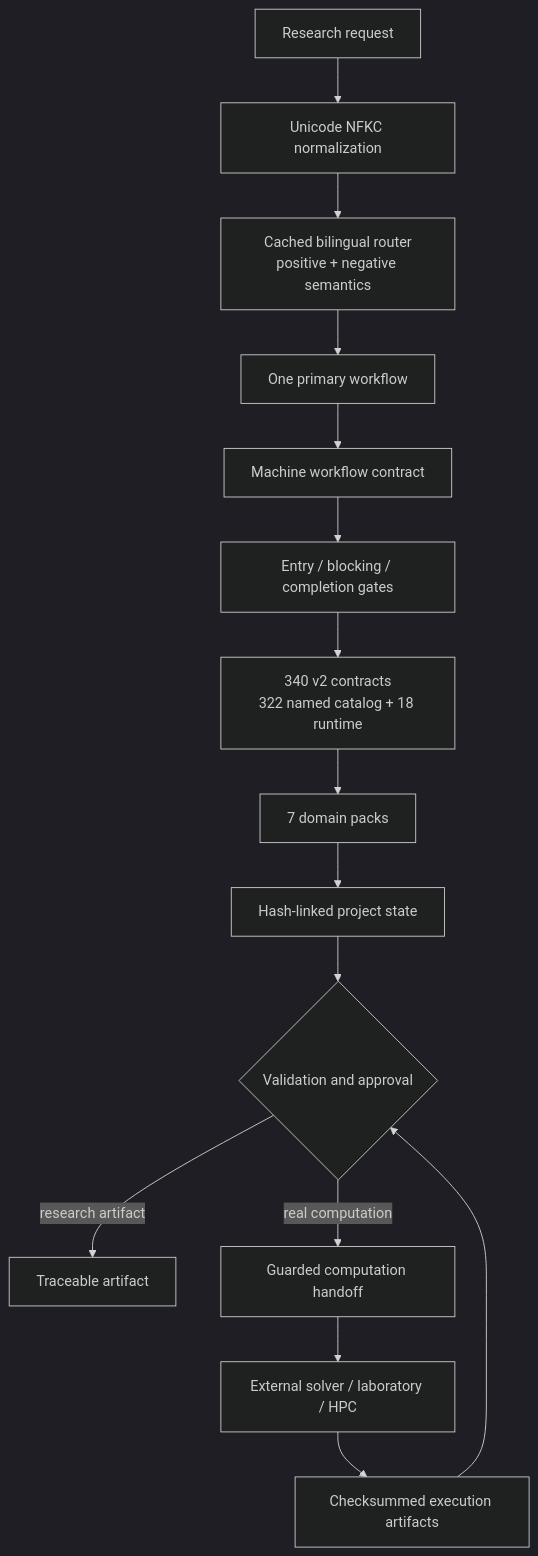
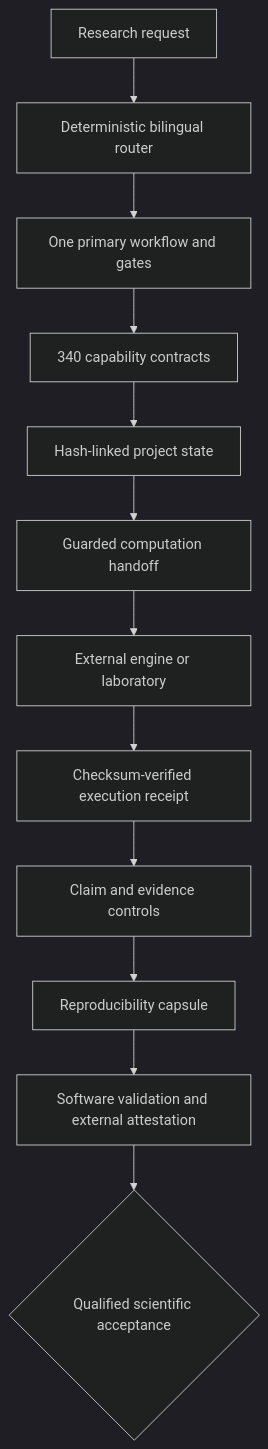
Before and after one commit to SUNHAOJUN22/TsaoSciResearcher: the diagram in docs/ARCHITECTURE.md, drawn with Mermaid (dark theme). The commit also changed other lines of this file and 138 other files, not shown here.

Commit message:
feat: release v0.6.0 research reproducibility hardening

````diff
--- a/docs/ARCHITECTURE.md
+++ b/docs/ARCHITECTURE.md
@@ -5,19 +5,14 @@
 ```mermaid
 flowchart TD
-    U[Research request] --> N[Unicode NFKC normalization]
-    N --> R[Cached bilingual router
-positive + negative semantics]
-    R --> W[One primary workflow]
-    W --> C[Machine workflow contract]
-    C --> G[Entry / blocking / completion gates]
-    G --> K[340 v2 contracts
-322 named catalog + 18 runtime]
-    K --> D[7 domain packs]
-    D --> S[Hash-linked project state]
-    S --> V{Validation and approval}
-    V -->|research artifact| A[Traceable artifact]
-    V -->|real computation| H[Guarded computation handoff]
-    H --> E[External solver / laboratory / HPC]
-    E --> P[Checksummed execution artifacts]
-    P --> V
+  U[Research request] --> R[Deterministic bilingual router]
+  R --> W[One primary workflow and gates]
+  W --> C[340 capability contracts]
+  C --> S[Hash-linked project state]
+  S --> H[Guarded computation handoff]
+  H --> X[External engine or laboratory]
+  X --> E[Checksum-verified execution receipt]
+  E --> K[Claim and evidence controls]
+  K --> P[Reproducibility capsule]
+  P --> V[Software validation and external attestation]
+  V --> A{Qualified scientific acceptance}
 ```
````
